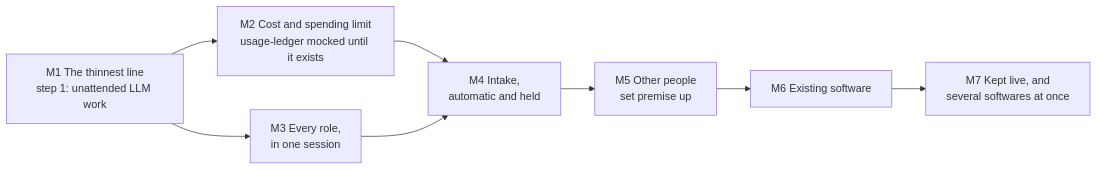
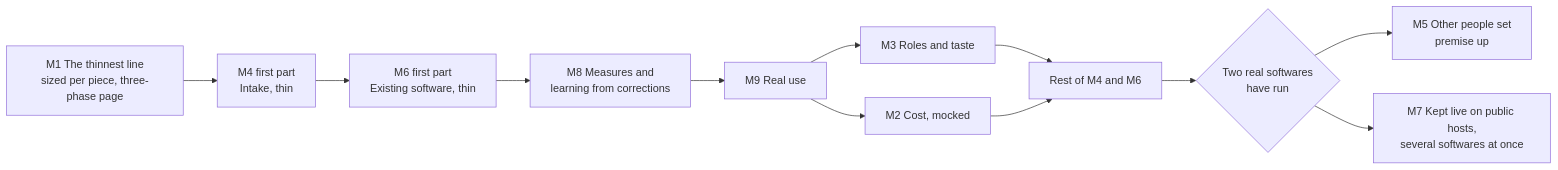
Before and after one commit to omkarbhale/premise: the diagram in docs/product/roadmap.md, drawn with Mermaid. The commit also changed other lines of this file and 26 other files, not shown here.

First line of the commit message:
docs: record owner's scale and direction decisions and reorder the roadmap (#70)

````diff
--- a/docs/product/roadmap.md
+++ b/docs/product/roadmap.md
@@ -20,10 +36,14 @@
 ```mermaid
 flowchart LR
-    M1[M1 The thinnest line<br/>step 1: unattended LLM work] --> M2[M2 Cost and spending limit<br/>usage-ledger mocked until it exists]
-    M1 --> M3[M3 Every role,<br/>in one session]
-    M2 --> M4[M4 Intake,<br/>automatic and held]
-    M3 --> M4
-    M4 --> M5[M5 Other people<br/>set premise up]
-    M5 --> M6[M6 Existing software]
-    M6 --> M7[M7 Kept live, and<br/>several softwares at once]
+    M1[M1 The thinnest line<br/>sized per piece, three-phase page] --> M4a[M4 first part<br/>Intake, thin]
+    M4a --> M6a[M6 first part<br/>Existing software, thin]
+    M6a --> M8[M8 Measures and<br/>learning from corrections]
+    M8 --> M9[M9 Real use]
+    M9 --> M3[M3 Roles and taste]
+    M9 --> M2[M2 Cost, mocked]
+    M3 --> M46[Rest of M4 and M6]
+    M2 --> M46
+    M46 --> G{Two real softwares<br/>have run}
+    G --> M5[M5 Other people set<br/>premise up]
+    G --> M7[M7 Kept live on public hosts,<br/>several softwares at once]
 ```
````
